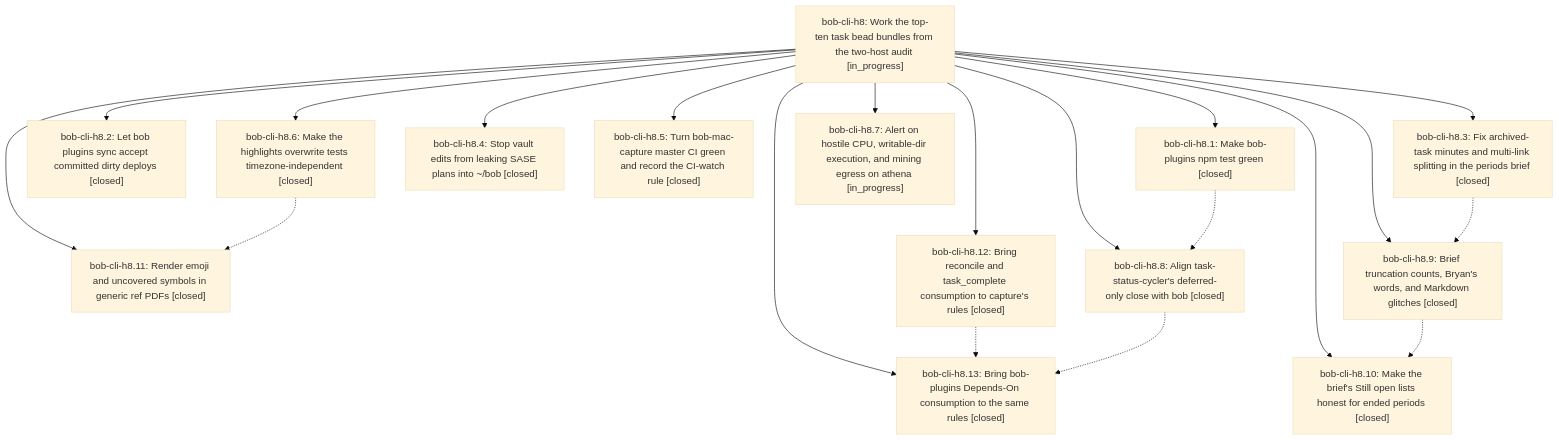
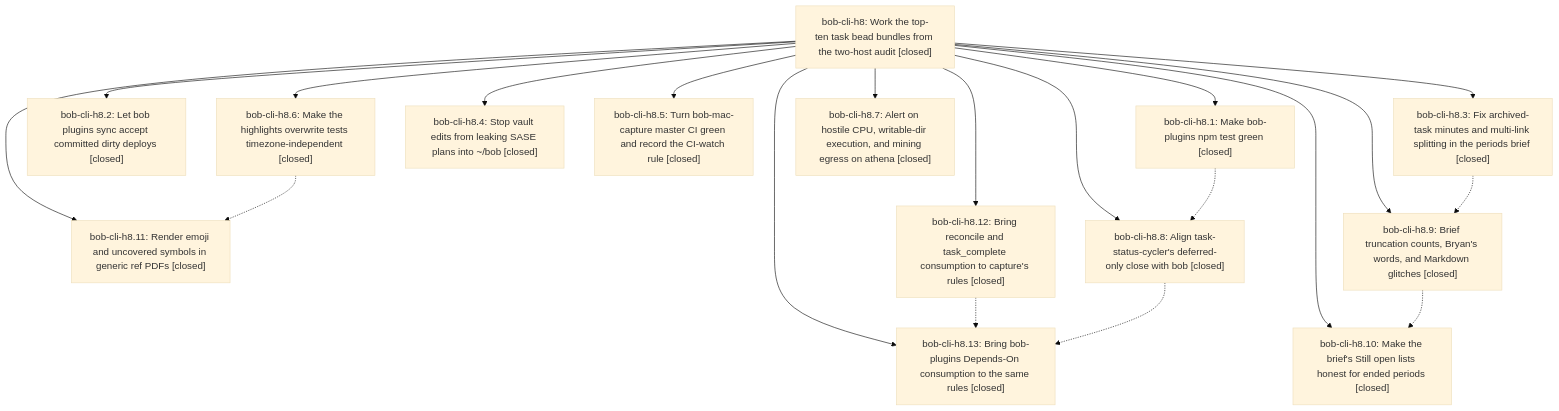
One commit to bobs-org/bob-cli--beads changed the diagram in pages/bob-cli-h8/README.md. Above: the diagram before and after it, drawn with Mermaid (base theme). The commit also changed other lines of this file and 5 other files, not shown here.

First line of the commit message:
chore(beads): sync bead state and pages for bob-cli-h8

````diff
--- a/pages/bob-cli-h8/README.md
+++ b/pages/bob-cli-h8/README.md
@@ -58,36 +95,36 @@
 ```mermaid
 flowchart TD
-    n0["bob-cli-h8: Work the top-ten task bead bundles from the two-host audit [in_progress]"]
+    n0["bob-cli-h8: Work the top-ten task bead bundles from the two-host audit [closed]"]
     n1["bob-cli-h8.1: Make bob-plugins npm test green [closed]"]
     n2["bob-cli-h8.10: Make the brief's Still open lists honest for ended periods [closed]"]
     n3["bob-cli-h8.11: Render emoji and uncovered symbols in generic ref PDFs [closed]"]
     n4["bob-cli-h8.12: Bring reconcile and task_complete consumption to capture's rules [closed]"]
     n5["bob-cli-h8.13: Bring bob-plugins Depends-On consumption to the same rules [closed]"]
     n6["bob-cli-h8.2: Let bob plugins sync accept committed dirty deploys [closed]"]
     n7["bob-cli-h8.3: Fix archived-task minutes and multi-link splitting in the periods brief [closed]"]
     n8["bob-cli-h8.4: Stop vault edits from leaking SASE plans into ~/bob [closed]"]
     n9["bob-cli-h8.5: Turn bob-mac-capture master CI green and record the CI-watch rule [closed]"]
     n10["bob-cli-h8.6: Make the highlights overwrite tests timezone-independent [closed]"]
-    n11["bob-cli-h8.7: Alert on hostile CPU, writable-dir execution, and mining egress on athena [in_progress]"]
+    n11["bob-cli-h8.7: Alert on hostile CPU, writable-dir execution, and mining egress on athena [closed]"]
     n12["bob-cli-h8.8: Align task-status-cycler's deferred-only close with bob [closed]"]
     n13["bob-cli-h8.9: Brief truncation counts, Bryan's words, and Markdown glitches [closed]"]
     n0 --> n1
     n0 --> n2
     n0 --> n3
     n0 --> n4
     n0 --> n5
     n0 --> n6
     n0 --> n7
     n0 --> n8
     n0 --> n9
     n0 --> n10
     n0 --> n11
     n0 --> n12
     n0 --> n13
     n1 -.-> n12
     n4 -.-> n5
     n7 -.-> n13
     n10 -.-> n3
     n12 -.-> n5
     n13 -.-> n2
 ```
````
